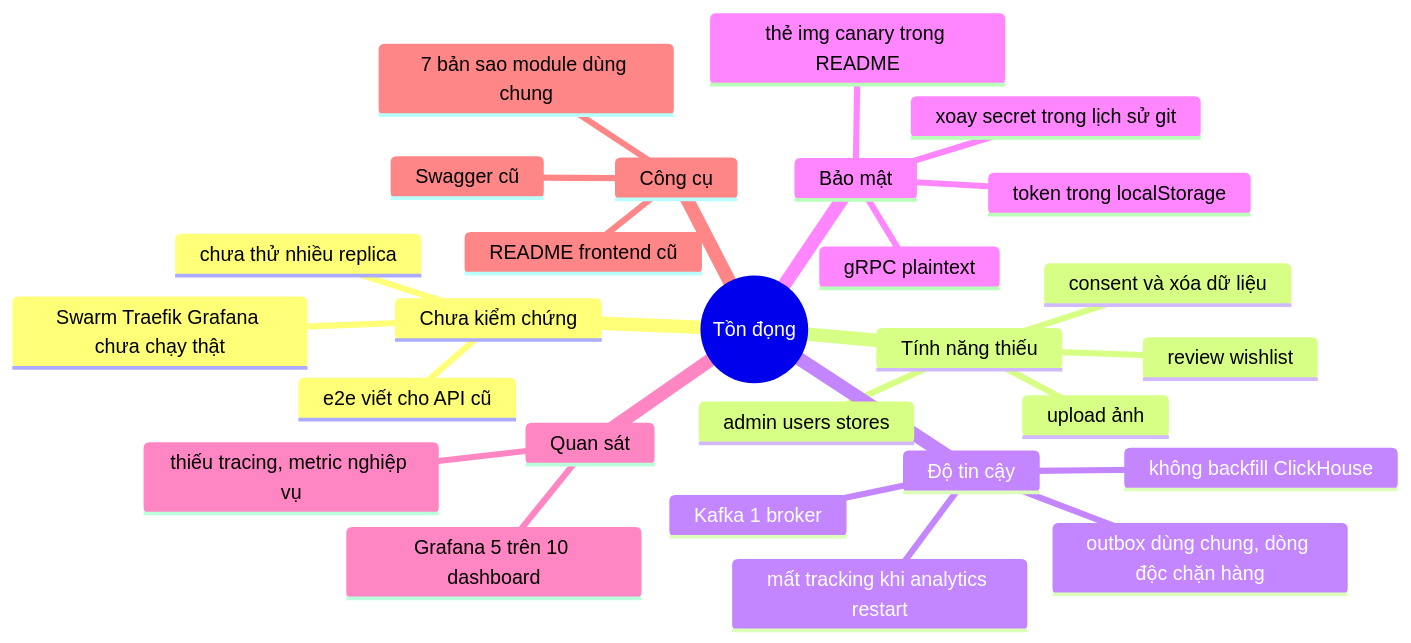
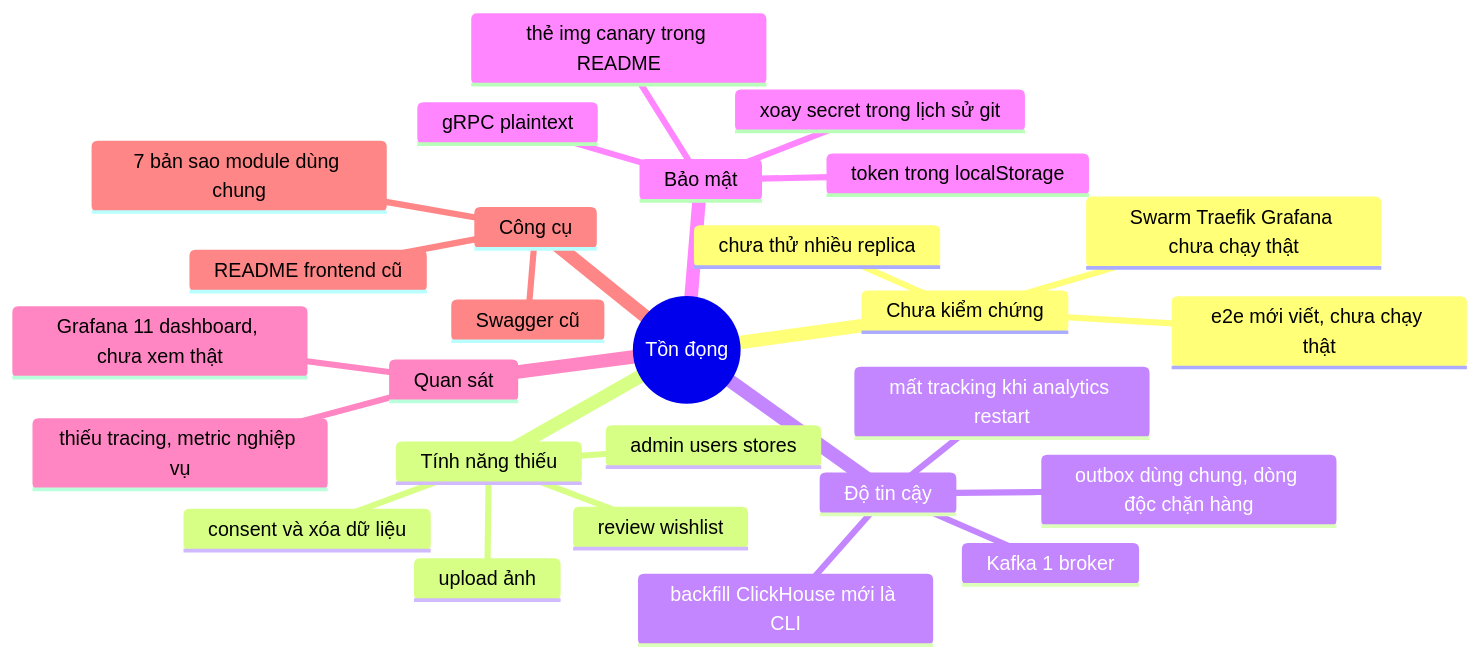
Before and after one commit to khoatran18/mini-marketplace: the diagram in docs/planning/01_OPEN_ISSUES.md, drawn with Mermaid. The commit also changed other lines of this file and 29 other files, not shown here.

````diff
--- a/docs/planning/01_OPEN_ISSUES.md
+++ b/docs/planning/01_OPEN_ISSUES.md
@@ -5,30 +5,30 @@
 ```mermaid
 mindmap
   root((Tồn đọng))
     Chưa kiểm chứng
       Swarm Traefik Grafana chưa chạy thật
-      e2e viết cho API cũ
+      e2e mới viết, chưa chạy thật
       chưa thử nhiều replica
     Tính năng thiếu
       review wishlist
       upload ảnh
       consent và xóa dữ liệu
       admin users stores
     Độ tin cậy
       outbox dùng chung, dòng độc chặn hàng
       mất tracking khi analytics restart
-      không backfill ClickHouse
+      backfill ClickHouse mới là CLI
       Kafka 1 broker
     Bảo mật
       xoay secret trong lịch sử git
       token trong localStorage
       gRPC plaintext
       thẻ img canary trong README
     Quan sát
       thiếu tracing, metric nghiệp vụ
-      Grafana 5 trên 10 dashboard
+      Grafana 11 dashboard, chưa xem thật
     Công cụ
       Swagger cũ
       README frontend cũ
       7 bản sao module dùng chung
 ```
````
